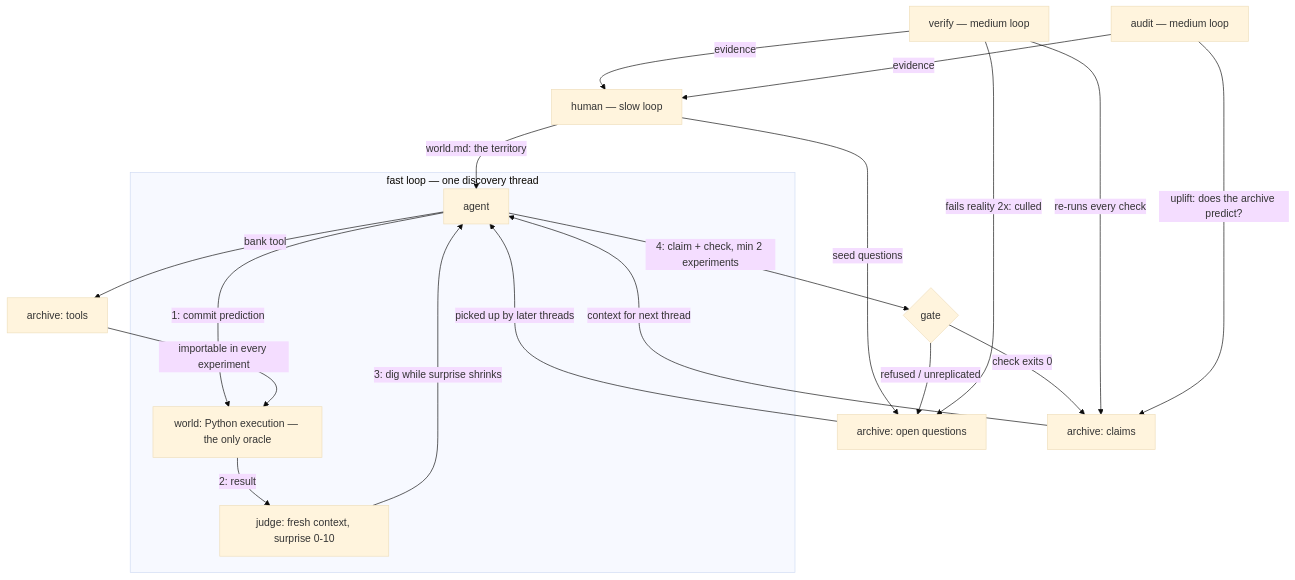
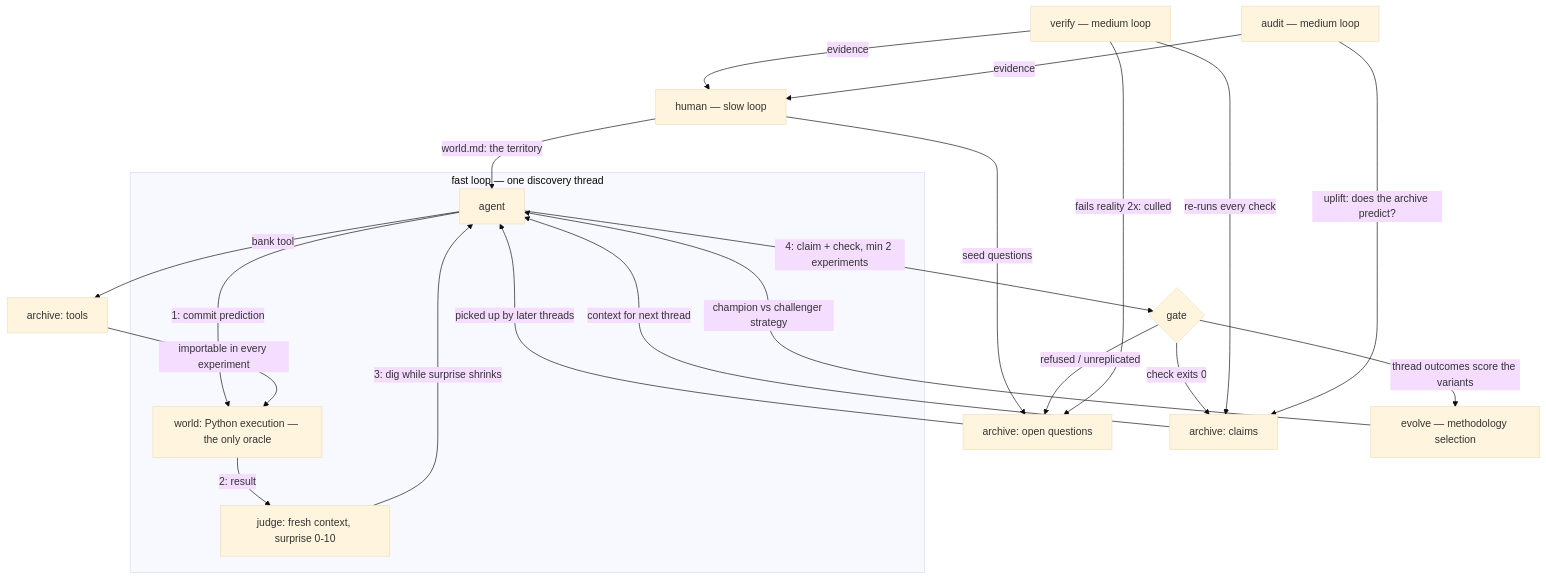
Before and after one commit to tfius/disco: the diagram in README.md, drawn with Mermaid (base theme). The commit also changed other lines of this file and 7 other files, not shown here.

First line of the commit message:
Methodology evolution: the agent's strategy evolves by selection

````diff
--- a/README.md
+++ b/README.md
@@ -66,25 +66,28 @@
 ```mermaid
 flowchart TB
     HU["human — slow loop"] -->|"world.md: the territory"| AG
     HU -->|"seed questions"| OQ
 
     subgraph FAST["fast loop — one discovery thread"]
         AG["agent"] -->|"1: commit prediction"| WX["world: Python execution — the only oracle"]
         WX -->|"2: result"| JU["judge: fresh context, surprise 0-10"]
         JU -->|"3: dig while surprise shrinks"| AG
     end
 
     AG -->|"4: claim + check, min 2 experiments"| GA{"gate"}
     GA -->|"check exits 0"| CL["archive: claims"]
     GA -->|"refused / unreplicated"| OQ["archive: open questions"]
     AG -->|"bank tool"| TO["archive: tools"]
     TO -->|"importable in every experiment"| WX
     CL -->|"context for next thread"| AG
     OQ -->|"picked up by later threads"| AG
 
     VF["verify — medium loop"] -->|"re-runs every check"| CL
     VF -->|"fails reality 2x: culled"| OQ
     AU["audit — medium loop"] -->|"uplift: does the archive predict?"| CL
     VF -->|"evidence"| HU
     AU -->|"evidence"| HU
+
+    EV["evolve — methodology selection"] -->|"champion vs challenger strategy"| AG
+    GA -->|"thread outcomes score the variants"| EV
 ```
````
